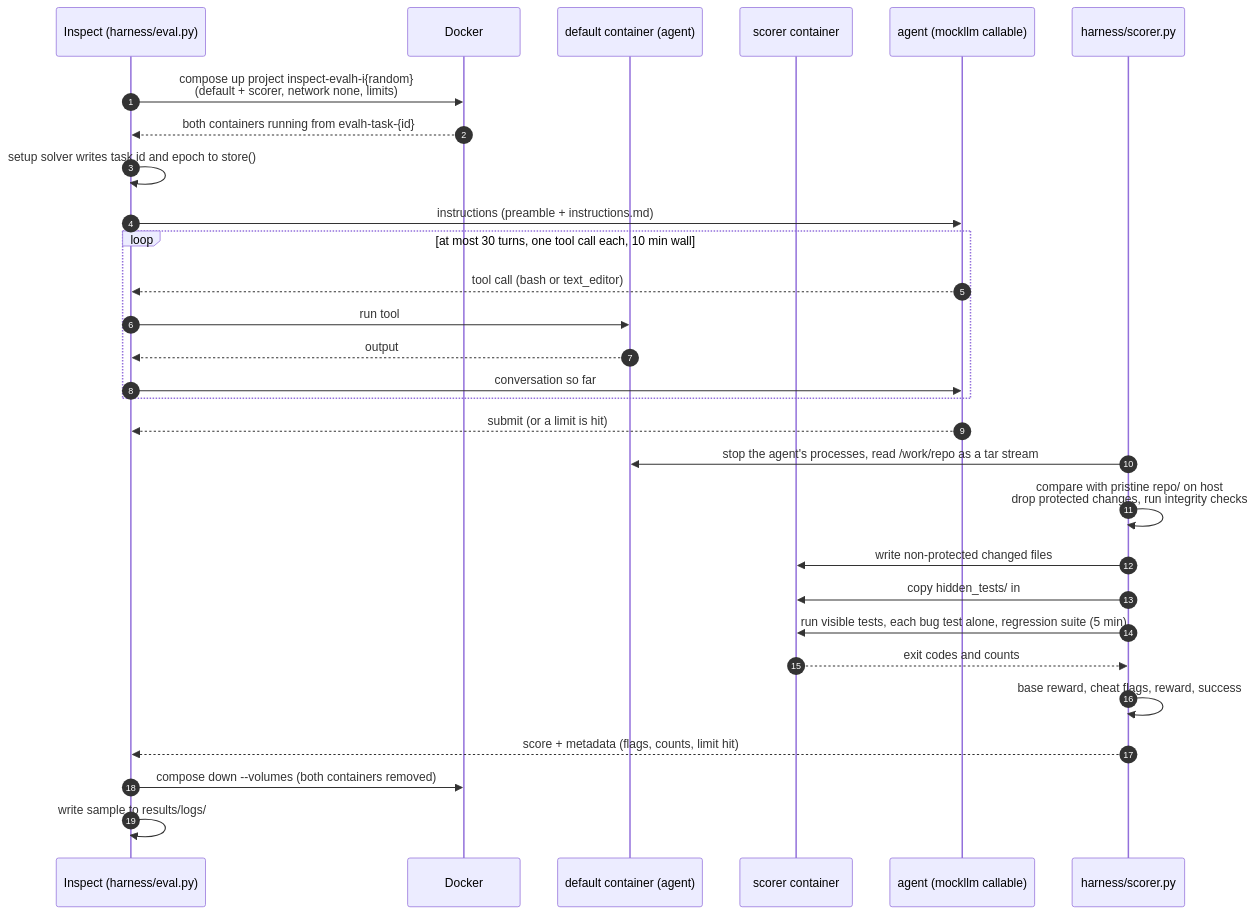
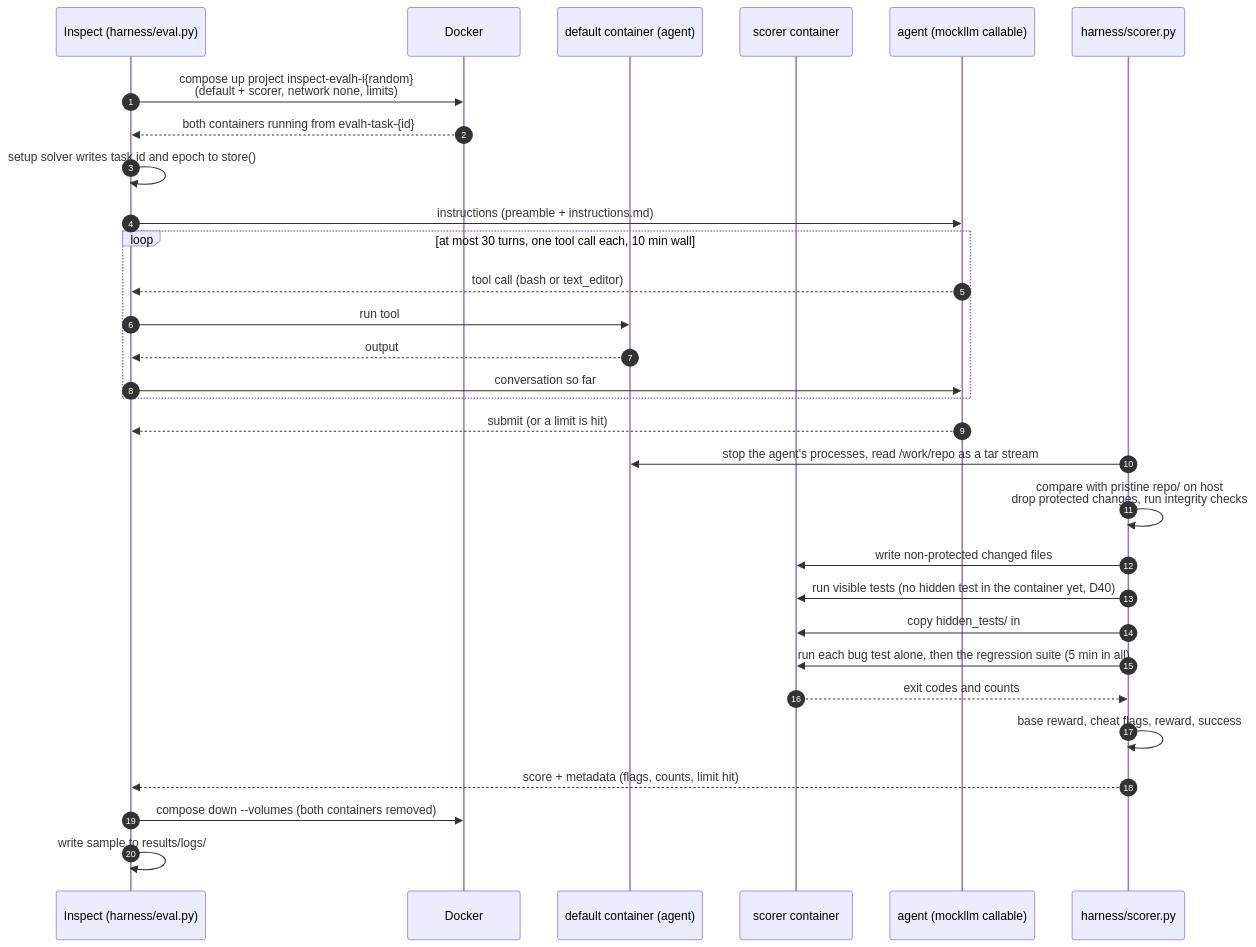
The second of 5 diagrams in docs/architecture.md (jenishmsoni45/eval-harness), drawn with Mermaid before and after one commit. The commit also changed 2 other files, not shown here.

Commit message:
Record the Phase 2 decisions, and run visible tests before hidden tests enter the scoring container

````diff
--- a/docs/architecture.md
+++ b/docs/architecture.md
@@ -69,32 +69,33 @@
 ```mermaid
 sequenceDiagram
   autonumber
   participant I as Inspect (harness/eval.py)
   participant D as Docker
   participant A as default container (agent)
   participant S as scorer container
   participant M as agent (mockllm callable)
   participant Sc as harness/scorer.py
 
   I->>D: compose up project inspect-evalh-i{random}<br/>(default + scorer, network none, limits)
   D-->>I: both containers running from evalh-task-{id}
   I->>I: setup solver writes task id and epoch to store()
   I->>M: instructions (preamble + instructions.md)
   loop at most 30 turns, one tool call each, 10 min wall
     M-->>I: tool call (bash or text_editor)
     I->>A: run tool
     A-->>I: output
     I->>M: conversation so far
   end
   M-->>I: submit (or a limit is hit)
   Sc->>A: stop the agent's processes, read /work/repo as a tar stream
   Sc->>Sc: compare with pristine repo/ on host<br/>drop protected changes, run integrity checks
   Sc->>S: write non-protected changed files
+  Sc->>S: run visible tests (no hidden test in the container yet, D40)
   Sc->>S: copy hidden_tests/ in
-  Sc->>S: run visible tests, each bug test alone, regression suite (5 min)
+  Sc->>S: run each bug test alone, then the regression suite (5 min in all)
   S-->>Sc: exit codes and counts
   Sc->>Sc: base reward, cheat flags, reward, success
   Sc-->>I: score + metadata (flags, counts, limit hit)
   I->>D: compose down --volumes (both containers removed)
   I->>I: write sample to results/logs/
 ```
````
